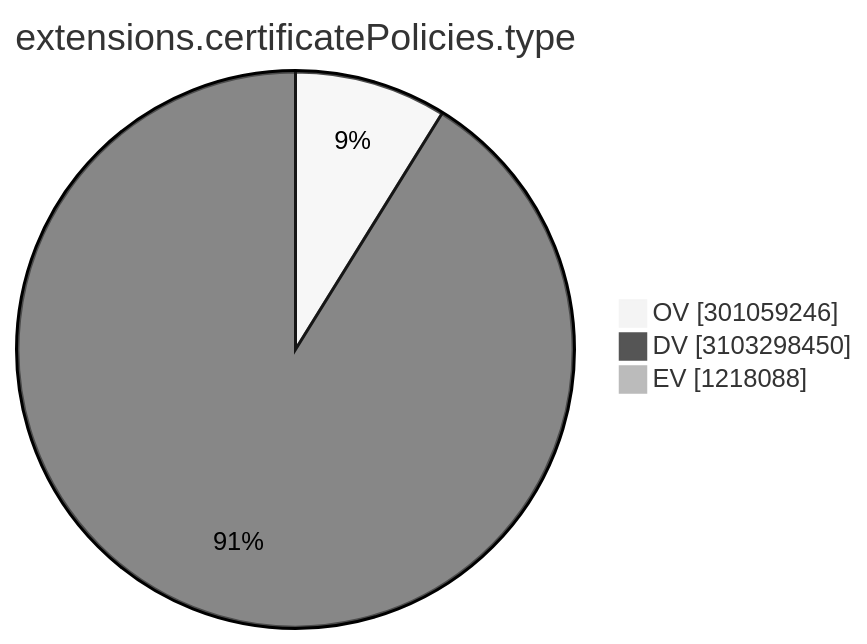
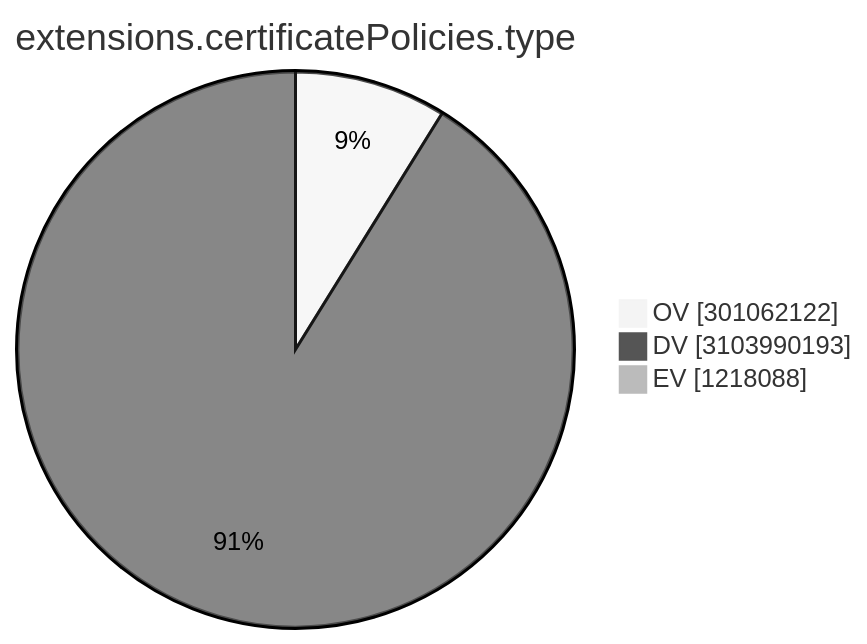
One commit to christiankrug/ctmonitor_visualization changed the ninth of 15 diagrams in TOTAL/README.md. Above: the diagram before and after it, drawn with Mermaid (neutral theme). The commit also changed other lines of this file, not shown here.

````diff
--- a/TOTAL/README.md
+++ b/TOTAL/README.md
@@ -3103,7 +3103,7 @@
 ```mermaid
 pie showData
 title extensions.certificatePolicies.type
-"OV" :301059246
-"DV" :3103298450
+"OV" :301062122
+"DV" :3103990193
 "EV" :1218088
 ```
````
